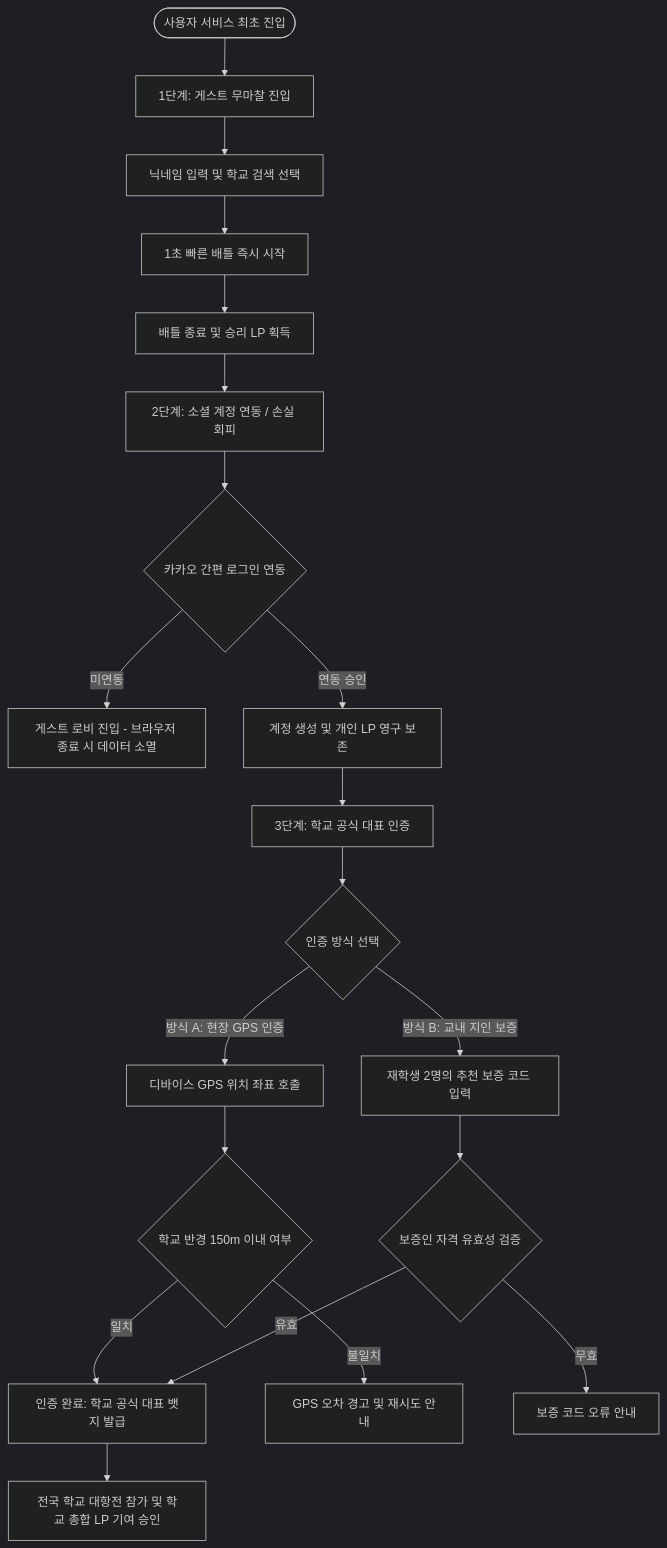
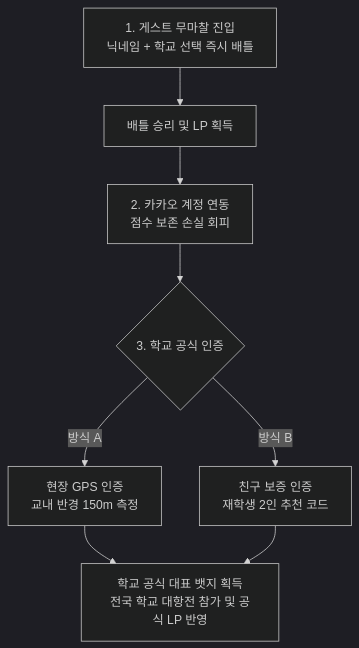
Before and after one commit to yunha2604-hub/battle-study: the first of 2 diagrams in docs/인증_모듈_순서도.md, drawn with Mermaid (dark theme). The commit also changed other lines of this file, not shown here.

````diff
--- a/docs/인증_모듈_순서도.md
+++ b/docs/인증_모듈_순서도.md
@@ -27,27 +27,12 @@
 ```mermaid
 flowchart TD
-    START([사용자 서비스 최초 진입]) --> STEP1[1단계: 게스트 무마찰 진입]
-    STEP1 --> INPUT1[닉네임 입력 및 학교 검색 선택]
-    INPUT1 --> FAST_PLAY[1초 빠른 배틀 즉시 시작]
+    A[1. 게스트 무마찰 진입<br/>닉네임 + 학교 선택 즉시 배틀] --> B[배틀 승리 및 LP 획득]
+    B --> C[2. 카카오 계정 연동<br/>점수 보존 손실 회피]
+    C --> D{3. 학교 공식 인증}
     
-    FAST_PLAY --> BATTLE_END[배틀 종료 및 승리 LP 획득]
-    BATTLE_END --> STEP2[2단계: 소셜 계정 연동 / 손실 회피]
-    STEP2 --> KAKAO_AUTH{카카오 간편 로그인 연동}
-    KAKAO_AUTH -- 미연동 --> GUEST_LOBBY[게스트 로비 진입 - 브라우저 종료 시 데이터 소멸]
-    KAKAO_AUTH -- 연동 승인 --> OAUTH_SUCCESS[계정 생성 및 개인 LP 영구 보존]
+    D -->|방식 A| E[현장 GPS 인증<br/>교내 반경 150m 측정]
+    D -->|방식 B| F[친구 보증 인증<br/>재학생 2인 추천 코드]
     
-    OAUTH_SUCCESS --> STEP3[3단계: 학교 공식 대표 인증]
-    STEP3 --> SELECT_ROUTE{인증 방식 선택}
-    
-    SELECT_ROUTE -- 방식 A: 현장 GPS 인증 --> GPS_CHECK[디바이스 GPS 위치 좌표 호출]
-    GPS_CHECK --> GPS_CALC{학교 반경 150m 이내 여부}
-    GPS_CALC -- 일치 --> AUTH_SUCCESS[인증 완료: 학교 공식 대표 뱃지 발급]
-    GPS_CALC -- 불일치 --> GPS_FAIL[GPS 오차 경고 및 재시도 안내]
-    
-    SELECT_ROUTE -- 방식 B: 교내 지인 보증 --> VOUCH_CHECK[재학생 2명의 추천 보증 코드 입력]
-    VOUCH_CHECK --> VOUCH_VALID{보증인 자격 유효성 검증}
-    VOUCH_VALID -- 유효 --> AUTH_SUCCESS
-    VOUCH_VALID -- 무효 --> VOUCH_FAIL[보증 코드 오류 안내]
-    
-    AUTH_SUCCESS --> FULL_ACCESS[전국 학교 대항전 참가 및 학교 총합 LP 기여 승인]
+    E --> G[학교 공식 대표 뱃지 획득<br/>전국 학교 대항전 참가 및 공식 LP 반영]
+    F --> G
 ```
````
